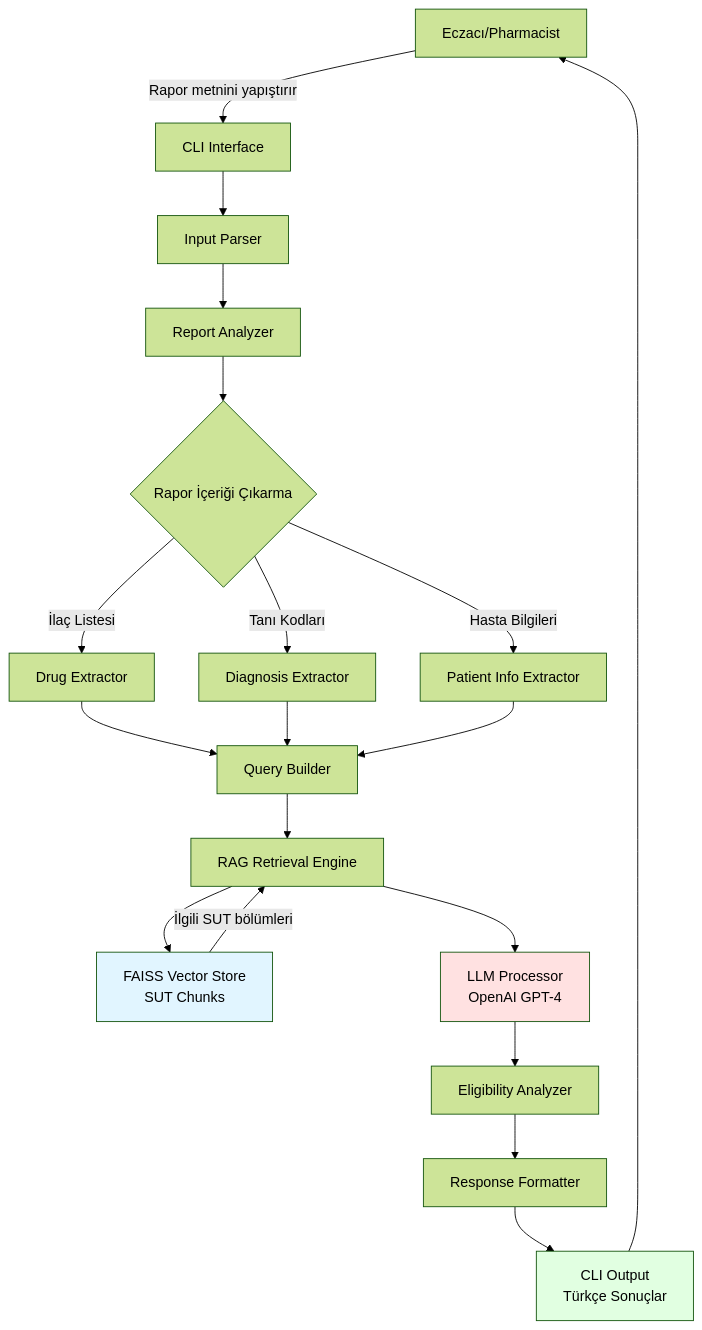
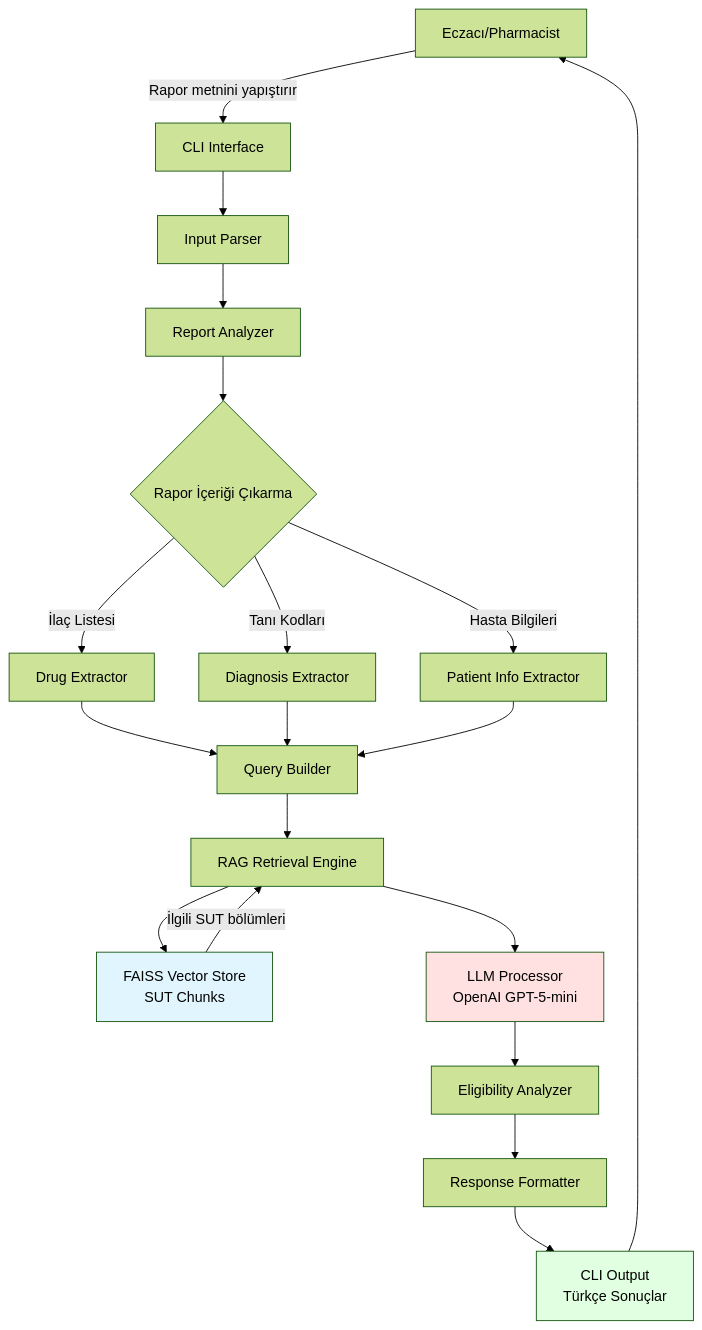
The first of 2 diagrams in architecture.md (ozgurgulsoy/Pharmacy-Agent), drawn with Mermaid (forest theme) before and after one commit. The commit also changed other lines of this file and 17 other files, not shown here.

````diff
--- a/architecture.md
+++ b/architecture.md
@@ -27,28 +27,28 @@
 ```mermaid
 graph TB
     A[Eczacı/Pharmacist] -->|Rapor metnini yapıştırır| B[CLI Interface]
     B --> C[Input Parser]
     C --> D[Report Analyzer]
     D --> E{Rapor İçeriği Çıkarma}
     E -->|İlaç Listesi| F[Drug Extractor]
     E -->|Tanı Kodları| G[Diagnosis Extractor]
     E -->|Hasta Bilgileri| H[Patient Info Extractor]
     
     F --> I[Query Builder]
     G --> I
     H --> I
     
     I --> J[RAG Retrieval Engine]
     J --> K[FAISS Vector Store<br/>SUT Chunks]
     K -->|İlgili SUT bölümleri| J
     
-    J --> L[LLM Processor<br/>OpenAI GPT-4]
+    J --> L[LLM Processor<br/>OpenAI GPT-5-mini]
     L --> M[Eligibility Analyzer]
     M --> N[Response Formatter]
     N --> O[CLI Output<br/>Türkçe Sonuçlar]
     O --> A
     
     style K fill:#e1f5ff
     style L fill:#ffe1e1
     style O fill:#e1ffe1
 ```
````
